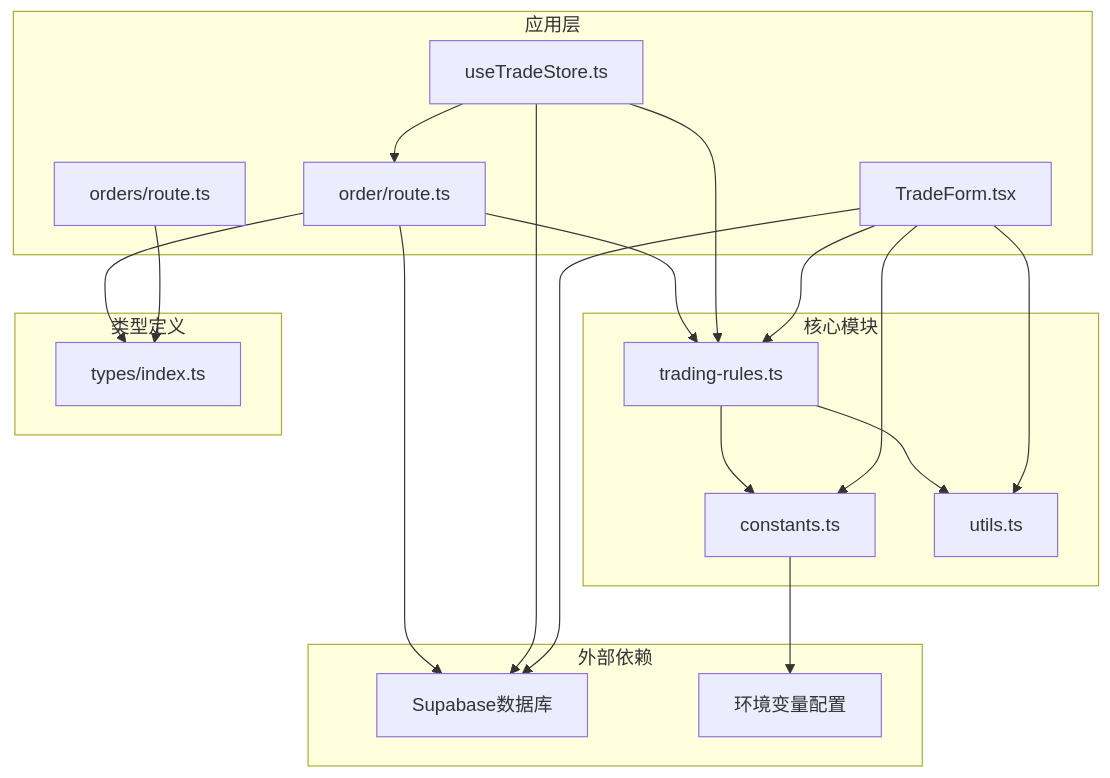
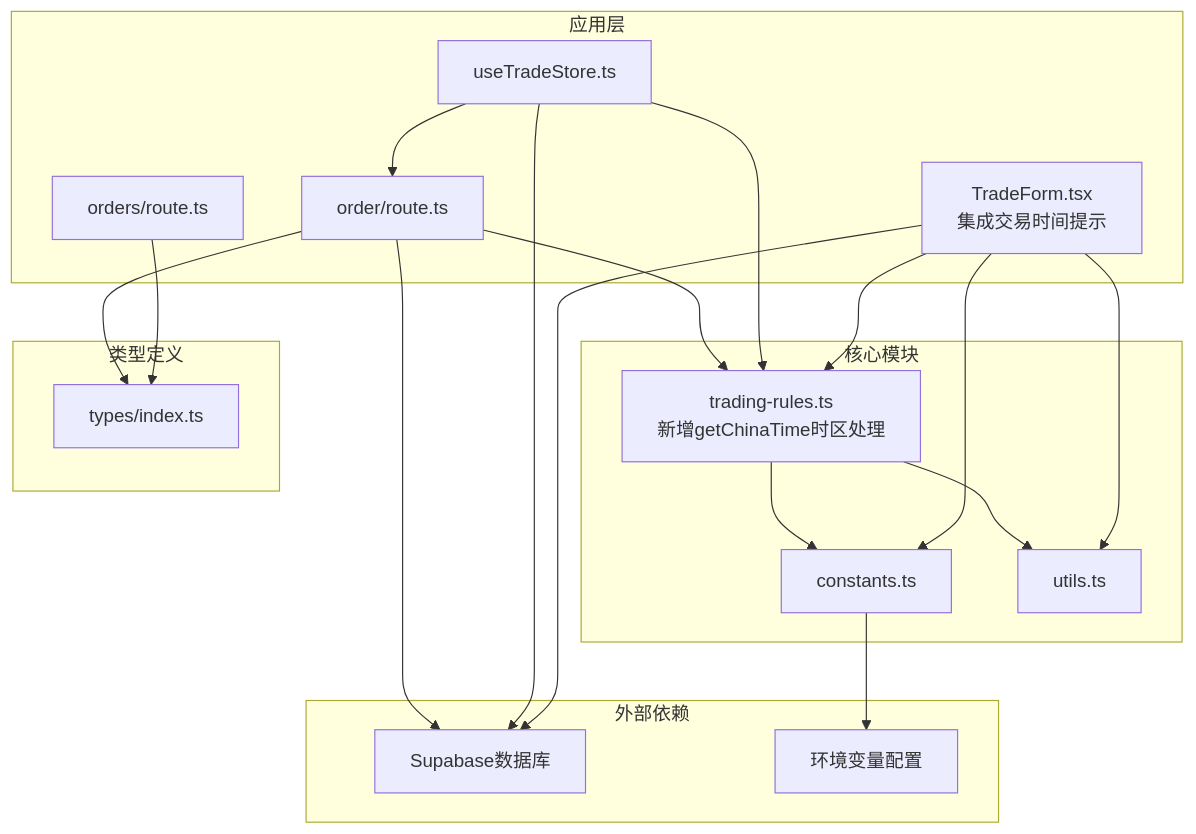
Diagram 12 of 12 in .qoder/repowiki/zh/content/交易系统/交易规则引擎.md (javalittleman1/virtual-stock-trading), drawn with Mermaid before and after one commit. The commit also changed other lines of this file and 7 other files, not shown here.

````diff
--- a/.qoder/repowiki/zh/content/交易系统/交易规则引擎.md
+++ b/.qoder/repowiki/zh/content/交易系统/交易规则引擎.md
@@ -369,35 +441,35 @@
 ```mermaid
 graph TB
 subgraph "外部依赖"
 SUP["Supabase数据库"]
 ENV["环境变量配置"]
 end
 subgraph "核心模块"
-TR["trading-rules.ts"]
+TR["trading-rules.ts<br/>新增getChinaTime时区处理"]
 CT["constants.ts"]
 UT["utils.ts"]
 end
 subgraph "应用层"
 OR["order/route.ts"]
 LR["orders/route.ts"]
 TS["useTradeStore.ts"]
-TF["TradeForm.tsx"]
+TF["TradeForm.tsx<br/>集成交易时间提示"]
 end
 subgraph "类型定义"
 TY["types/index.ts"]
 end
 TR --> CT
 TR --> UT
 OR --> TR
 OR --> TY
 LR --> TY
 TS --> TR
 TS --> OR
 TF --> TR
 TF --> CT
 TF --> UT
 OR --> SUP
 TS --> SUP
 TF --> SUP
 CT --> ENV
 ```
````
